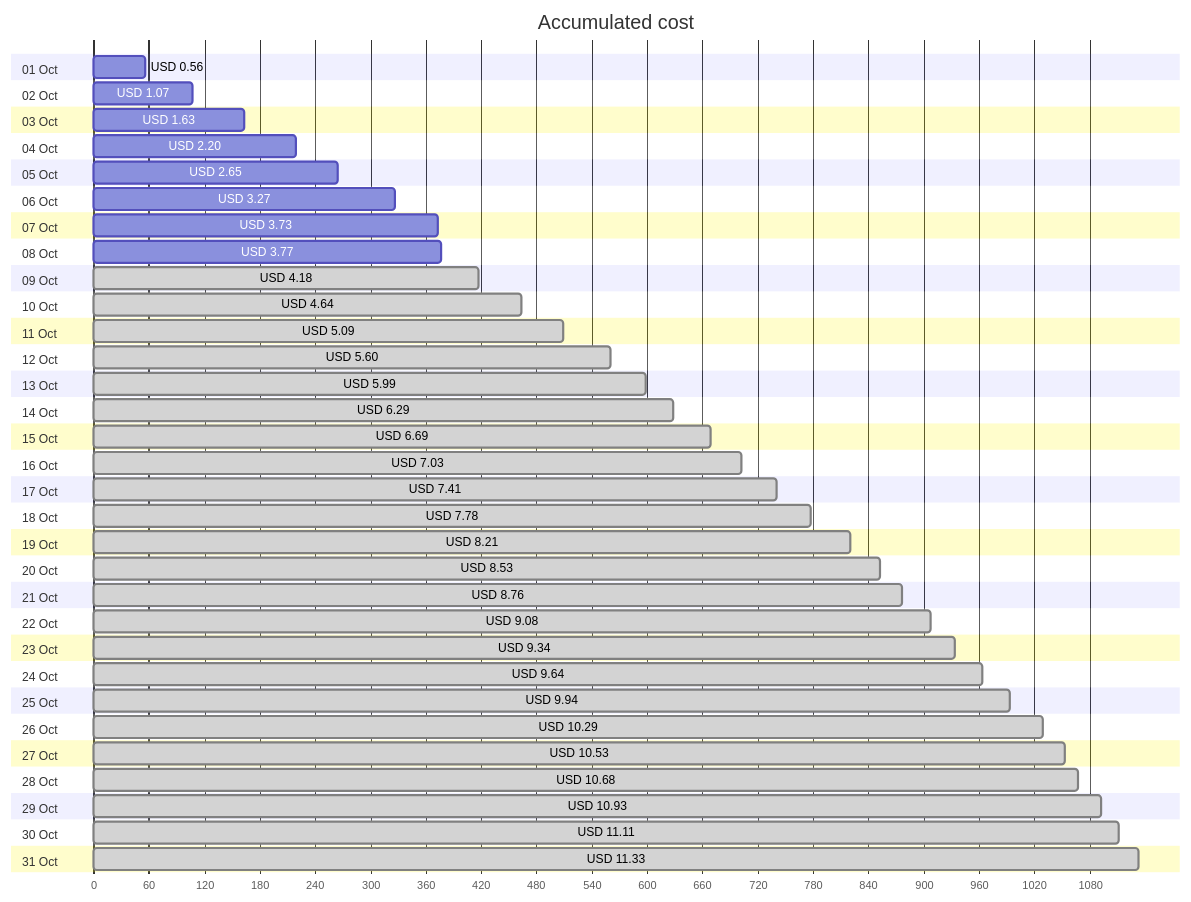
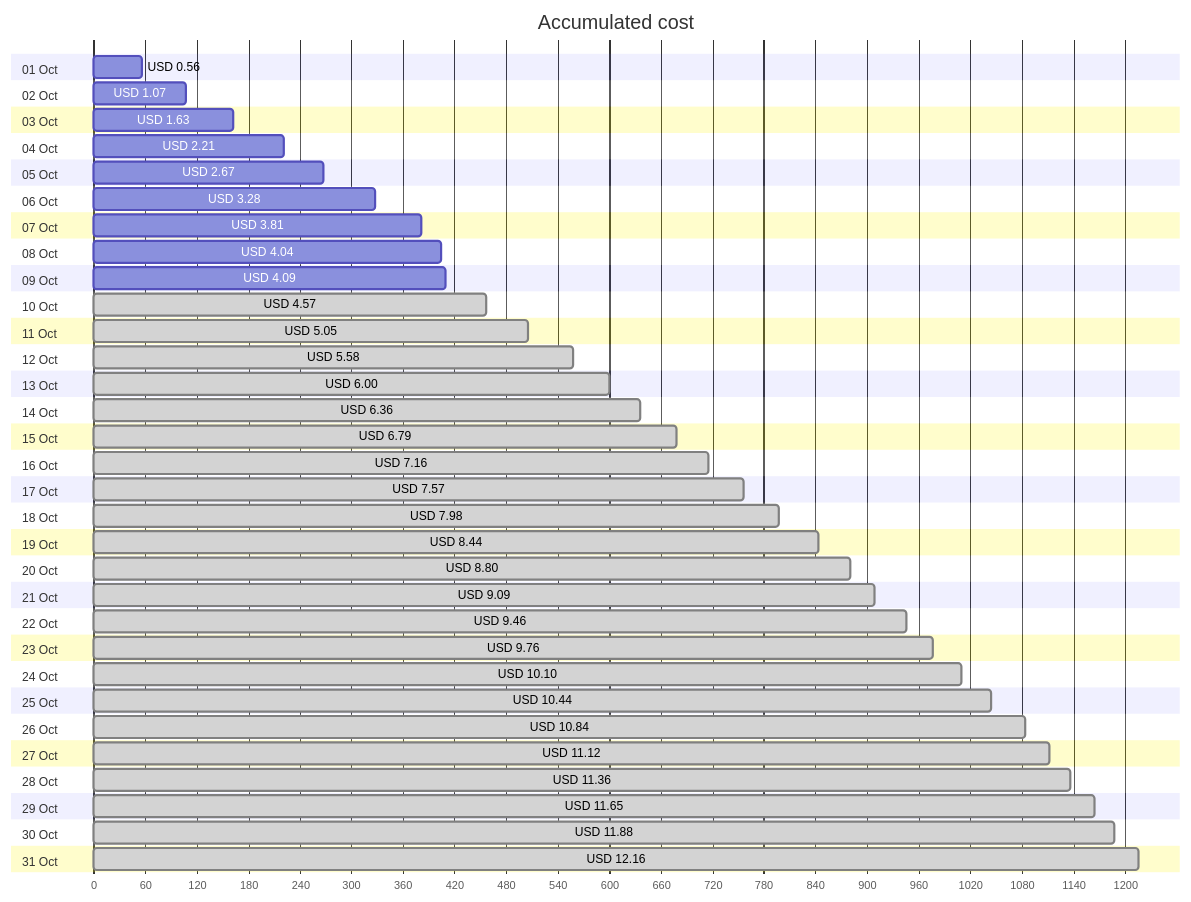
Before and after one commit to jpfulton/azure-personal-reports: the first of 4 diagrams in cost-reports/personal-network/vpn-server.md, drawn with Mermaid. The commit also changed other lines of this file and 8 other files, not shown here.

````diff
--- a/cost-reports/personal-network/vpn-server.md
+++ b/cost-reports/personal-network/vpn-server.md
@@ -20,68 +20,68 @@
 ```mermaid
 gantt
    title Accumulated cost
    dateFormat  X
    axisFormat %s
    section 01 Oct
    USD 0.56 :0, 56
    section 02 Oct
    USD 1.07 :0, 107
    section 03 Oct
    USD 1.63 :0, 163
    section 04 Oct
-   USD 2.20 :0, 220
+   USD 2.21 :0, 221
    section 05 Oct
-   USD 2.65 :0, 265
+   USD 2.67 :0, 267
    section 06 Oct
-   USD 3.27 :0, 327
+   USD 3.28 :0, 328
    section 07 Oct
-   USD 3.73 :0, 373
+   USD 3.81 :0, 381
    section 08 Oct
-   USD 3.77 :0, 377
+   USD 4.04 :0, 404
    section 09 Oct
-   USD 4.18 : done, 0, 418
+   USD 4.09 :0, 409
    section 10 Oct
-   USD 4.64 : done, 0, 464
+   USD 4.57 : done, 0, 457
    section 11 Oct
-   USD 5.09 : done, 0, 509
+   USD 5.05 : done, 0, 505
    section 12 Oct
-   USD 5.60 : done, 0, 560
+   USD 5.58 : done, 0, 558
    section 13 Oct
-   USD 5.99 : done, 0, 599
+   USD 6.00 : done, 0, 600
    section 14 Oct
-   USD 6.29 : done, 0, 629
+   USD 6.36 : done, 0, 636
    section 15 Oct
-   USD 6.69 : done, 0, 669
+   USD 6.79 : done, 0, 679
    section 16 Oct
-   USD 7.03 : done, 0, 703
+   USD 7.16 : done, 0, 716
    section 17 Oct
-   USD 7.41 : done, 0, 741
+   USD 7.57 : done, 0, 757
    section 18 Oct
-   USD 7.78 : done, 0, 778
+   USD 7.98 : done, 0, 798
    section 19 Oct
-   USD 8.21 : done, 0, 821
+   USD 8.44 : done, 0, 844
    section 20 Oct
-   USD 8.53 : done, 0, 853
+   USD 8.80 : done, 0, 880
    section 21 Oct
-   USD 8.76 : done, 0, 876
+   USD 9.09 : done, 0, 909
    section 22 Oct
-   USD 9.08 : done, 0, 908
+   USD 9.46 : done, 0, 946
    section 23 Oct
-   USD 9.34 : done, 0, 934
+   USD 9.76 : done, 0, 976
    section 24 Oct
-   USD 9.64 : done, 0, 964
+   USD 10.10 : done, 0, 1010
    section 25 Oct
-   USD 9.94 : done, 0, 994
+   USD 10.44 : done, 0, 1044
    section 26 Oct
-   USD 10.29 : done, 0, 1029
+   USD 10.84 : done, 0, 1084
    section 27 Oct
-   USD 10.53 : done, 0, 1053
+   USD 11.12 : done, 0, 1112
    section 28 Oct
-   USD 10.68 : done, 0, 1068
+   USD 11.36 : done, 0, 1136
    section 29 Oct
-   USD 10.93 : done, 0, 1093
+   USD 11.65 : done, 0, 1165
    section 30 Oct
-   USD 11.11 : done, 0, 1111
+   USD 11.88 : done, 0, 1188
    section 31 Oct
-   USD 11.33 : done, 0, 1133
+   USD 12.16 : done, 0, 1216
 ```
````
